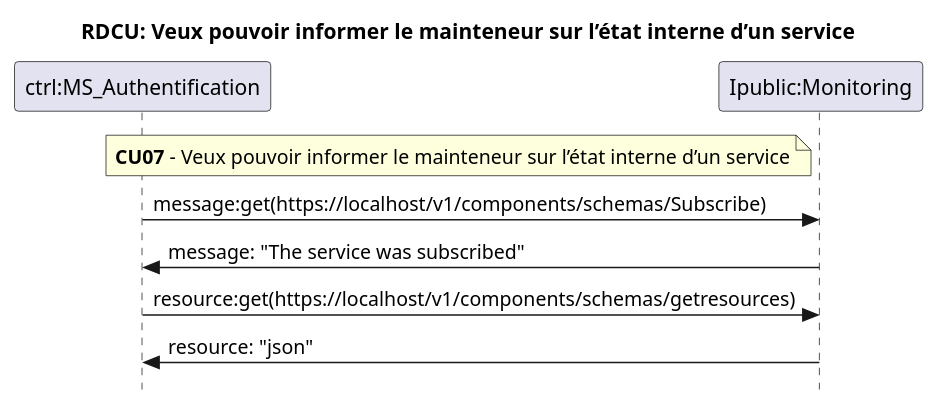
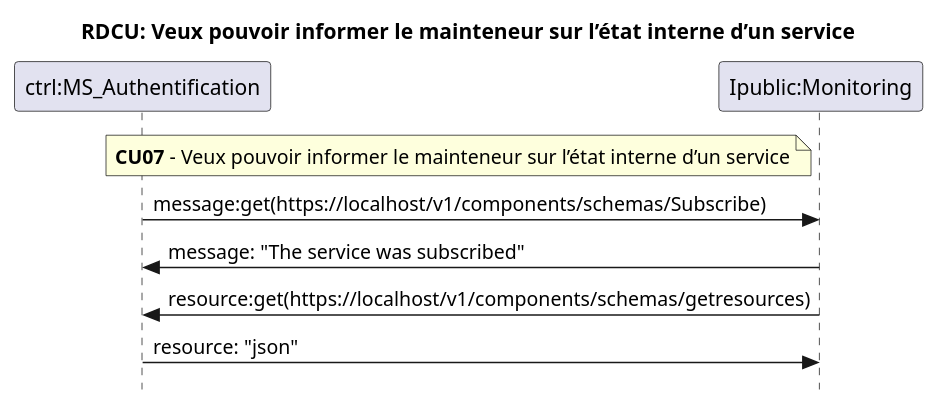
One commit to LOG430-MicroServices/LOG430-STM changed the diagram in doc/plantuml/RDCU_Equipe8/RDCU_Service_Monitoring.plantuml. Above: the diagram before and after it, drawn with PlantUML. The commit also changed 3 other files, not shown here.

```diff
--- a/doc/plantuml/RDCU_Equipe8/RDCU_Service_Monitoring.plantuml
+++ b/doc/plantuml/RDCU_Equipe8/RDCU_Service_Monitoring.plantuml
@@ -1,14 +1,14 @@
 @startuml
 title RDCU: Veux pouvoir informer le mainteneur sur l’état interne d’un service
 skinparam Style strictuml
 
 participant "ctrl:MS_Authentification" as ctrl
 participant "Ipublic:Monitoring" as Ipublic
 
 note left of Ipublic:**CU07** - Veux pouvoir informer le mainteneur sur l’état interne d’un service
 ctrl -> Ipublic: message:get(https://localhost/v1/components/schemas/Subscribe) 
 Ipublic -> ctrl: message: "The service was subscribed"
-ctrl -> Ipublic: resource:get(https://localhost/v1/components/schemas/getresources) 
-Ipublic -> ctrl: resource: "json"
+Ipublic -> ctrl: resource:get(https://localhost/v1/components/schemas/getresources) 
+ctrl ->Ipublic : resource: "json"
 
 @enduml
```
